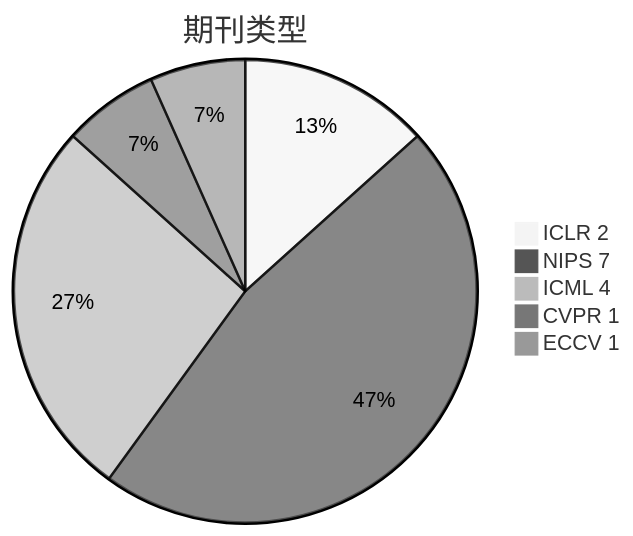
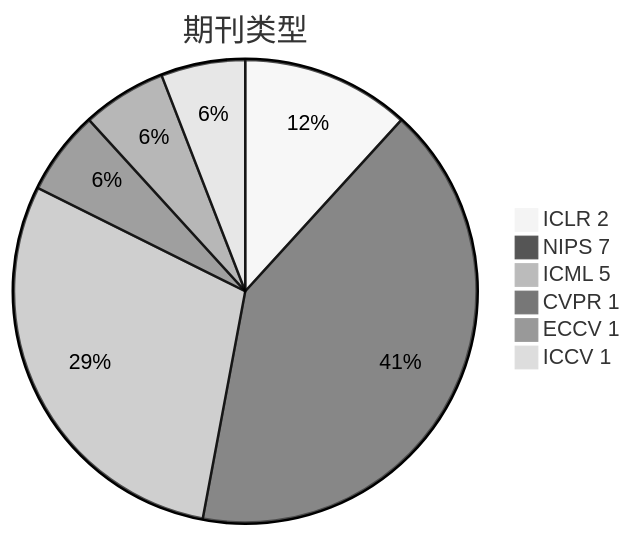
The second of 5 diagrams in Base_Model/GAN+VAE+Diffusion/analyse.md (Elephant-King9/Paper), drawn with Mermaid (neutral theme) before and after one commit. The commit also changed other lines of this file and 6 other files, not shown here.

Commit message:
update_Scaling Rectified Flow Transformers for High-Resolution Image Synthesis

````diff
--- a/Base_Model/GAN+VAE+Diffusion/analyse.md
+++ b/Base_Model/GAN+VAE+Diffusion/analyse.md
@@ -56,8 +60,9 @@
 ```mermaid
 pie title 期刊类型
     "ICLR 2" : 2
     "NIPS 7" : 7
-    "ICML 4" : 4
+    "ICML 5" : 5
     "CVPR 1" : 1
     "ECCV 1" : 1
+    "ICCV 1" : 1
 ```
````
